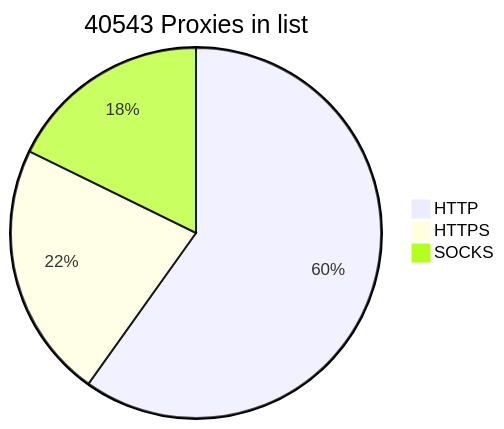
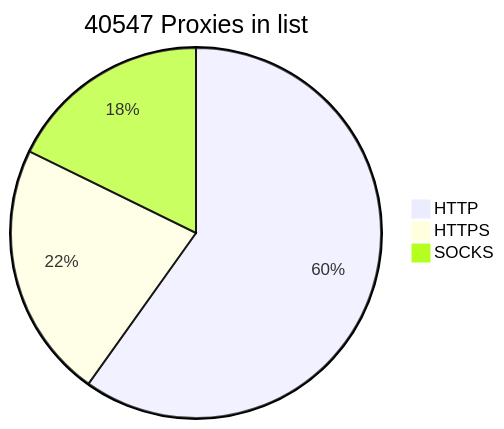
One commit to BlackSnowDot/proxylist-update-every-minute changed the diagram in README.md. Above: the diagram before and after it, drawn with Mermaid.

````diff
--- a/README.md
+++ b/README.md
@@ -2,6 +2,6 @@
 ```mermaid
-pie title 40543 Proxies in list
-    "HTTP" : 28536
+pie title 40547 Proxies in list
+    "HTTP" : 28537
     "HTTPS": 10678
-    "SOCKS" : 8459
+    "SOCKS" : 8460
 ```
````
